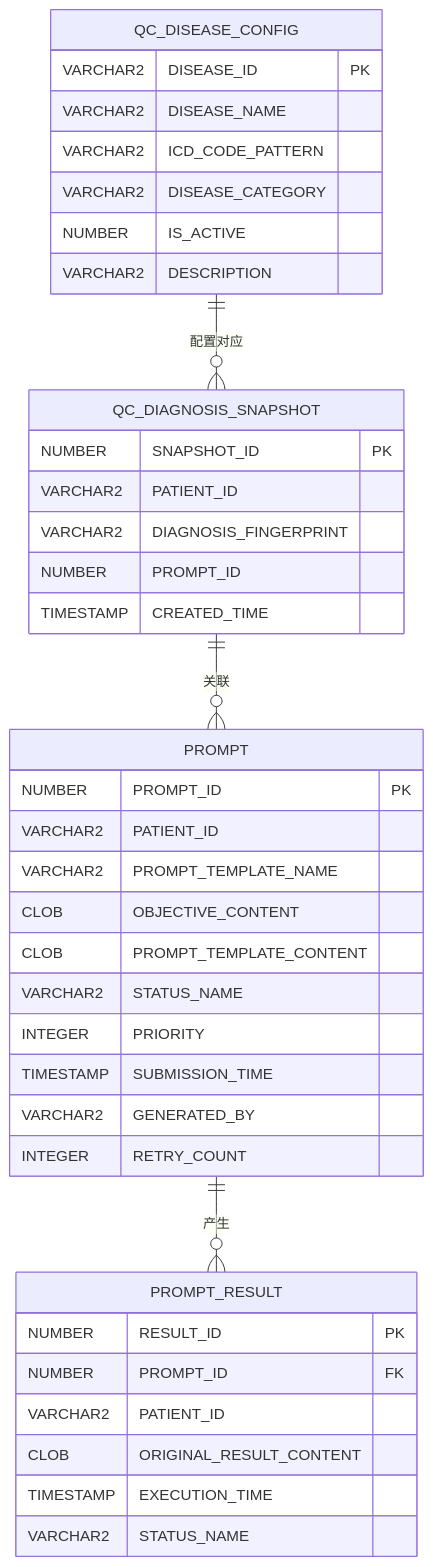
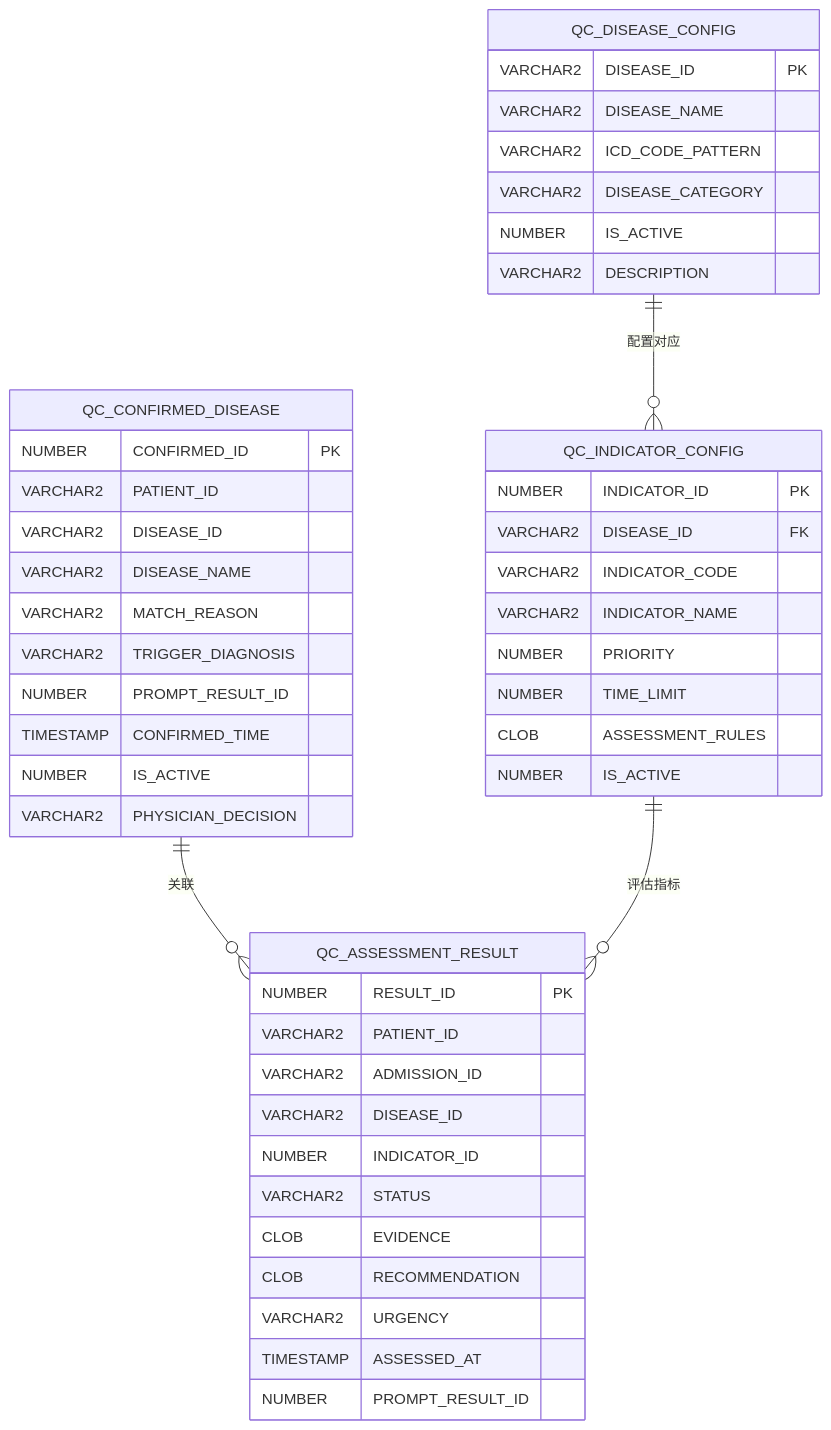
The fifth of 10 diagrams in .qoder/repowiki/zh/content/QC病种匹配系统.md (liuzh2008/med_ai_assistant_workspace), drawn with Mermaid before and after one commit. The commit also changed other lines of this file and 4 other files, not shown here.

````diff
--- a/.qoder/repowiki/zh/content/QC病种匹配系统.md
+++ b/.qoder/repowiki/zh/content/QC病种匹配系统.md
@@ -159,41 +271,49 @@
 ```mermaid
 erDiagram
+QC_CONFIRMED_DISEASE {
+NUMBER CONFIRMED_ID PK
+VARCHAR2 PATIENT_ID
+VARCHAR2 DISEASE_ID
+VARCHAR2 DISEASE_NAME
+VARCHAR2 MATCH_REASON
+VARCHAR2 TRIGGER_DIAGNOSIS
+NUMBER PROMPT_RESULT_ID
+TIMESTAMP CONFIRMED_TIME
+NUMBER IS_ACTIVE
+VARCHAR2 PHYSICIAN_DECISION
+}
+QC_ASSESSMENT_RESULT {
+NUMBER RESULT_ID PK
+VARCHAR2 PATIENT_ID
+VARCHAR2 ADMISSION_ID
+VARCHAR2 DISEASE_ID
+NUMBER INDICATOR_ID
+VARCHAR2 STATUS
+CLOB EVIDENCE
+CLOB RECOMMENDATION
+VARCHAR2 URGENCY
+TIMESTAMP ASSESSED_AT
+NUMBER PROMPT_RESULT_ID
+}
 QC_DISEASE_CONFIG {
 VARCHAR2 DISEASE_ID PK
 VARCHAR2 DISEASE_NAME
 VARCHAR2 ICD_CODE_PATTERN
 VARCHAR2 DISEASE_CATEGORY
 NUMBER IS_ACTIVE
 VARCHAR2 DESCRIPTION
 }
-QC_DIAGNOSIS_SNAPSHOT {
-NUMBER SNAPSHOT_ID PK
-VARCHAR2 PATIENT_ID
-VARCHAR2 DIAGNOSIS_FINGERPRINT
-NUMBER PROMPT_ID
-TIMESTAMP CREATED_TIME
+QC_INDICATOR_CONFIG {
+NUMBER INDICATOR_ID PK
+VARCHAR2 DISEASE_ID FK
+VARCHAR2 INDICATOR_CODE
+VARCHAR2 INDICATOR_NAME
+NUMBER PRIORITY
+NUMBER TIME_LIMIT
+CLOB ASSESSMENT_RULES
+NUMBER IS_ACTIVE
 }
-PROMPT {
-NUMBER PROMPT_ID PK
-VARCHAR2 PATIENT_ID
-VARCHAR2 PROMPT_TEMPLATE_NAME
-CLOB OBJECTIVE_CONTENT
-CLOB PROMPT_TEMPLATE_CONTENT
-VARCHAR2 STATUS_NAME
-INTEGER PRIORITY
-TIMESTAMP SUBMISSION_TIME
-VARCHAR2 GENERATED_BY
-INTEGER RETRY_COUNT
-}
-PROMPT_RESULT {
-NUMBER RESULT_ID PK
-NUMBER PROMPT_ID FK
-VARCHAR2 PATIENT_ID
-CLOB ORIGINAL_RESULT_CONTENT
-TIMESTAMP EXECUTION_TIME
-VARCHAR2 STATUS_NAME
-}
-QC_DISEASE_CONFIG ||--o{ QC_DIAGNOSIS_SNAPSHOT : 配置对应
-QC_DIAGNOSIS_SNAPSHOT ||--o{ PROMPT : 关联
-PROMPT ||--o{ PROMPT_RESULT : 产生
+QC_CONFIRMED_DISEASE ||--o{ QC_ASSESSMENT_RESULT : 关联
+QC_DISEASE_CONFIG ||--o{ QC_INDICATOR_CONFIG : 配置对应
+QC_INDICATOR_CONFIG ||--o{ QC_ASSESSMENT_RESULT : 评估指标
 ```
````
